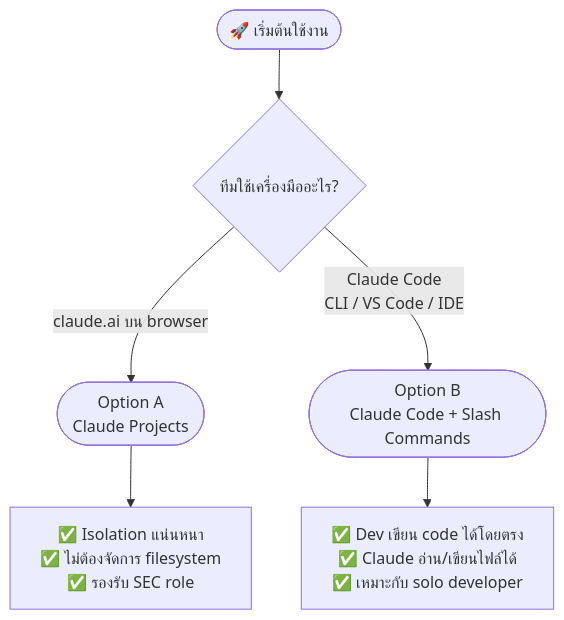
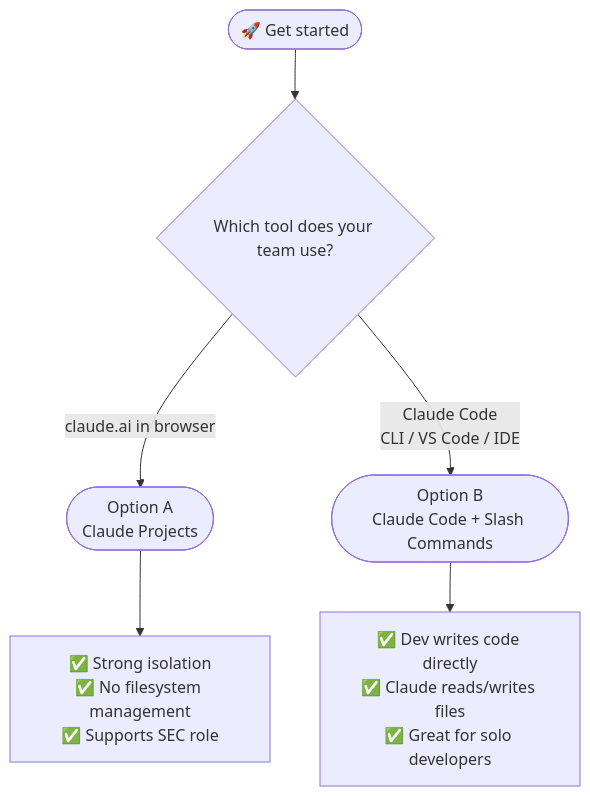
One commit to sarawuth-pimsai/sdlc-playbook changed the first of 9 diagrams in docs/WORKFLOW_OVERVIEW.md. Above: the diagram before and after it, drawn with Mermaid. The commit also changed other lines of this file and 36 other files, not shown here.

````diff
--- a/docs/WORKFLOW_OVERVIEW.md
+++ b/docs/WORKFLOW_OVERVIEW.md
@@ -9,13 +9,13 @@
 ```mermaid
 flowchart TD
-    START([🚀 เริ่มต้นใช้งาน]) --> Q1{ทีมใช้เครื่องมืออะไร?}
+    START([🚀 Get started]) --> Q1{Which tool does your team use?}
 
-    Q1 -->|claude.ai บน browser| A
+    Q1 -->|claude.ai in browser| A
     Q1 -->|Claude Code\nCLI / VS Code / IDE| B
 
     A([Option A\nClaude Projects])
     B([Option B\nClaude Code + Slash Commands])
 
-    A --> A_PRO["✅ Isolation แน่นหนา\n✅ ไม่ต้องจัดการ filesystem\n✅ รองรับ SEC role"]
-    B --> B_PRO["✅ Dev เขียน code ได้โดยตรง\n✅ Claude อ่าน/เขียนไฟล์ได้\n✅ เหมาะกับ solo developer"]
+    A --> A_PRO["✅ Strong isolation\n✅ No filesystem management\n✅ Supports SEC role"]
+    B --> B_PRO["✅ Dev writes code directly\n✅ Claude reads/writes files\n✅ Great for solo developers"]
 ```
````
